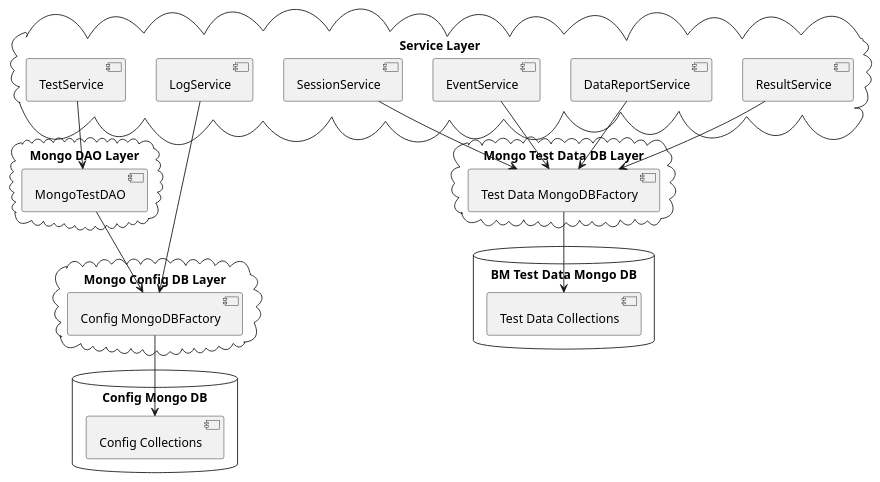
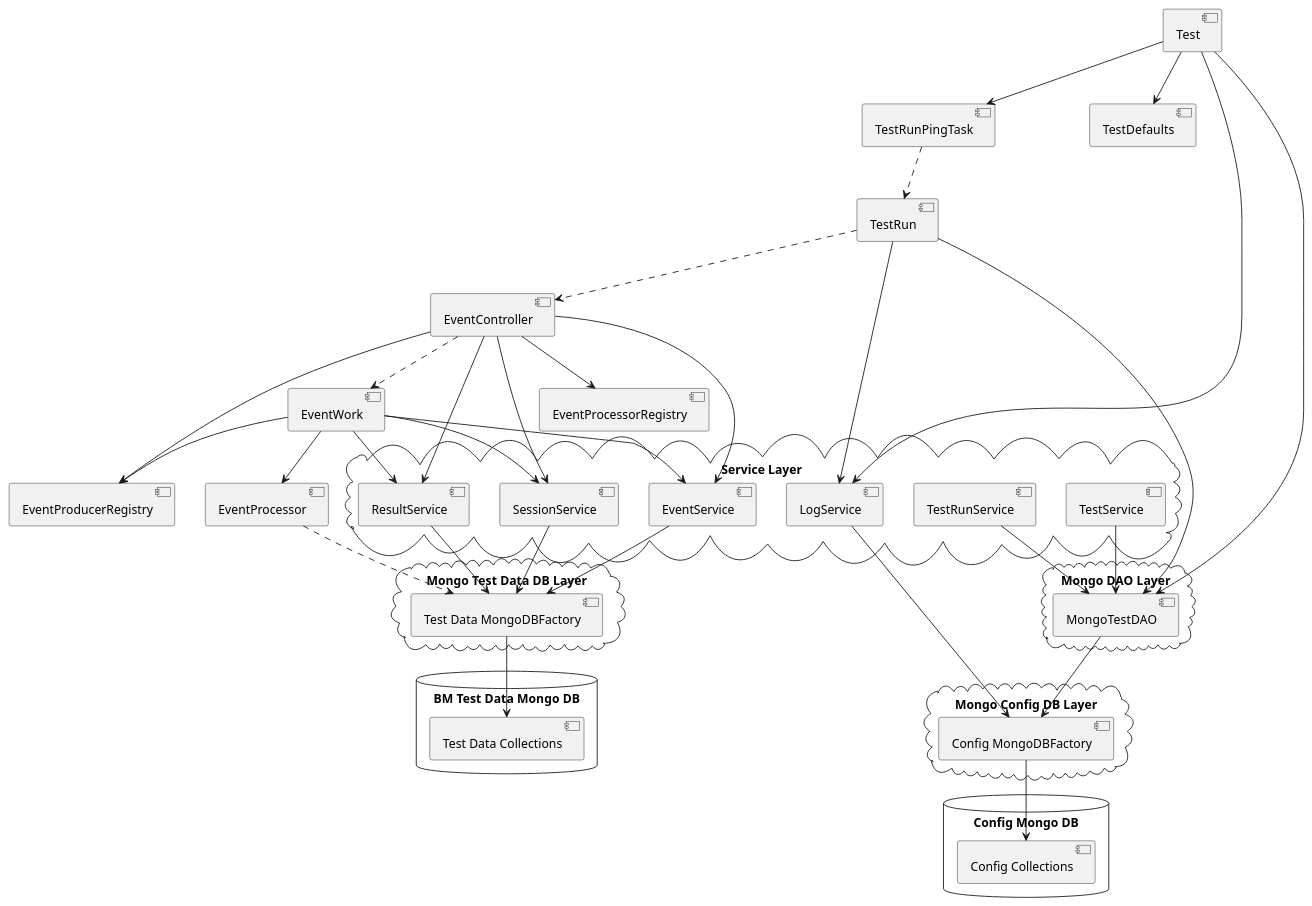
Before and after one commit to Alfresco/alfresco-bm-manager: the diagram in docs/bm-driver/bm-driver_component.puml, drawn with PlantUML. The commit also changed 2 other files, not shown here.

Commit message:
REPO-3566: component diagram for bm-driver

```diff
--- a/docs/bm-driver/bm-driver_component.puml
+++ b/docs/bm-driver/bm-driver_component.puml
@@ -1,47 +1,90 @@
 @startuml
 
 
 cloud "Service Layer"{
     [TestService]
     [LogService]
     [EventService]
     [SessionService]
     [ResultService]
-    [DataReportService]
+    [TestRunService]
 }
+
+[EventController]
+
+[Test]
+
+[TestRunPingTask]
+
+[TestRun]
+
+[EventWork]
+
+[EventProcessor]
+
+[EventProducerRegistry]
+[EventProcessorRegistry]
+
+[TestDefaults]
 
 cloud "Mongo DAO Layer"{
     [MongoTestDAO]
 }
 
 cloud "Mongo Config DB Layer"{
     [Config MongoDBFactory]
 }
 
 cloud "Mongo Test Data DB Layer"{
     [Test Data MongoDBFactory]
 }
 
 database "Config Mongo DB" {
     [Config Collections]
 }
 
 database "BM Test Data Mongo DB" {
     [Test Data Collections]
 }
 
 
 [TestService] --> [MongoTestDAO]
 
 [Config MongoDBFactory] --> [Config Collections]
 [Test Data MongoDBFactory] --> [Test Data Collections]
 
 [LogService] --> [Config MongoDBFactory]
 [MongoTestDAO] --> [Config MongoDBFactory]
 
 [EventService] --> [Test Data MongoDBFactory]
 [SessionService] --> [Test Data MongoDBFactory]
 [ResultService] --> [Test Data MongoDBFactory]
-[DataReportService] --> [Test Data MongoDBFactory]
 
+
+[Test] --> [LogService]
+[Test] --> [MongoTestDAO]
+[Test] --> [TestRunPingTask]
+[Test] --> [TestDefaults]
+
+[TestRunPingTask] ..> [TestRun]
+
+[TestRun] --> [MongoTestDAO]
+[TestRun] --> [LogService]
+[TestRun] ..> [EventController]
+
+[EventController] --> [EventProcessorRegistry]
+[EventController] --> [EventProducerRegistry]
+[EventController] --> [EventService]
+[EventController] --> [ResultService]
+[EventController] --> [SessionService]
+[EventController] ..> [EventWork]
+
+[EventWork] --> [EventProcessor]
+[EventWork] --> [EventProducerRegistry]
+[EventWork] --> [EventService]
+[EventWork] --> [ResultService]
+[EventWork] --> [SessionService]
+
+[TestRunService] --> [MongoTestDAO]
+[EventProcessor] ..> [Test Data MongoDBFactory]
 @enduml
```
